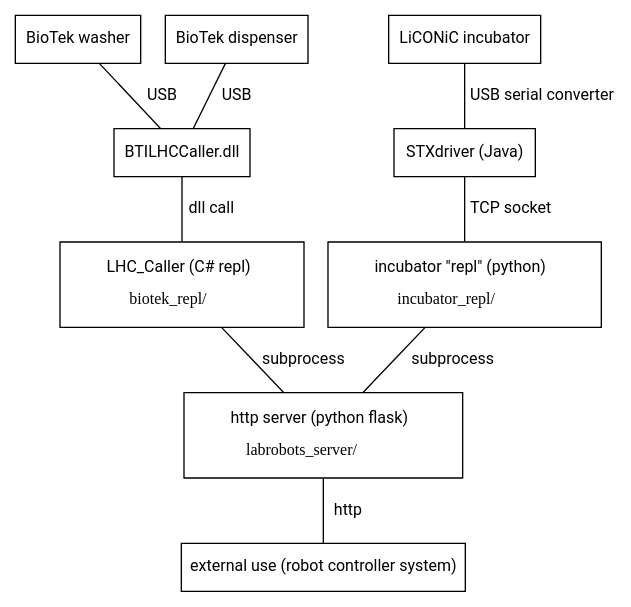
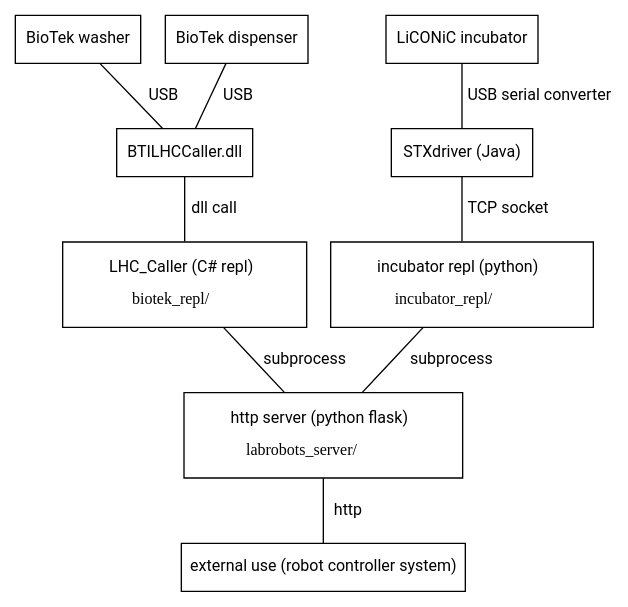
Before and after one commit to pharmbio/robotlab: the diagram in images/overview.dot, drawn with Graphviz. The commit also changed 2 other files, not shown here.

```diff
--- a/images/overview.dot
+++ b/images/overview.dot
@@ -1,37 +1,37 @@
 # Build the svg with:
 # dot overview.dot -Tsvg -o overview.svg
 graph {
     node [fontname="Roboto", fontsize=12]
     edge [fontname="Roboto", fontsize=12]
     node [shape=box]
     wash [label="BioTek washer"]
     disp [label="BioTek dispenser"]
     incu [label="LiCONiC incubator"]
     rank=same {wash; disp; incu}
     dll [label="BTILHCCaller.dll"]
     biotek_repl [label=<
         LHC_Caller (C# repl)
         <BR/><BR/>
         <FONT FACE="Consolas">biotek_repl/</FONT>
     >, margin=0.2]
     labrobots_server [label=<
         http server (python flask)
         <BR/><BR/>
         <FONT FACE="Consolas">labrobots_server/</FONT>
     >, margin=0.2]
     incu_java [label="STXdriver (Java)"]
     incu_repl [label=<
-        incubator "repl" (python)
+        incubator repl (python)
         <BR/><BR/>
         <FONT FACE="Consolas">incubator_repl/</FONT>
     >, margin=0.2]
     wash -- dll [label="   USB"]
     disp -- dll [label="   USB"]
     dll -- biotek_repl [label="  dll call"]
     biotek_repl -- labrobots_server [label="  subprocess"]
     incu -- incu_java [label="  USB serial converter"]
     incu_java -- incu_repl [label="  TCP socket"]
     controller [label="external use (robot controller system)"]
     incu_repl -- labrobots_server [label="    subprocess"]
     labrobots_server -- controller [label="   http"]
 }
```
